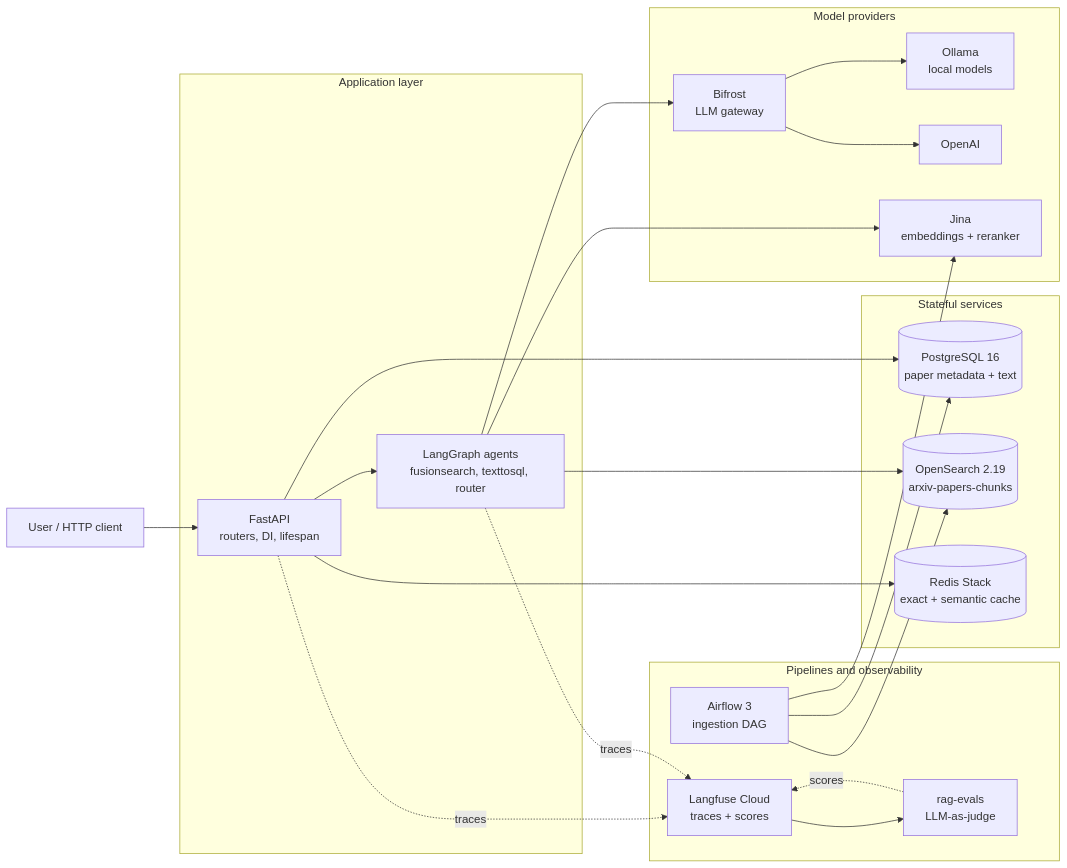
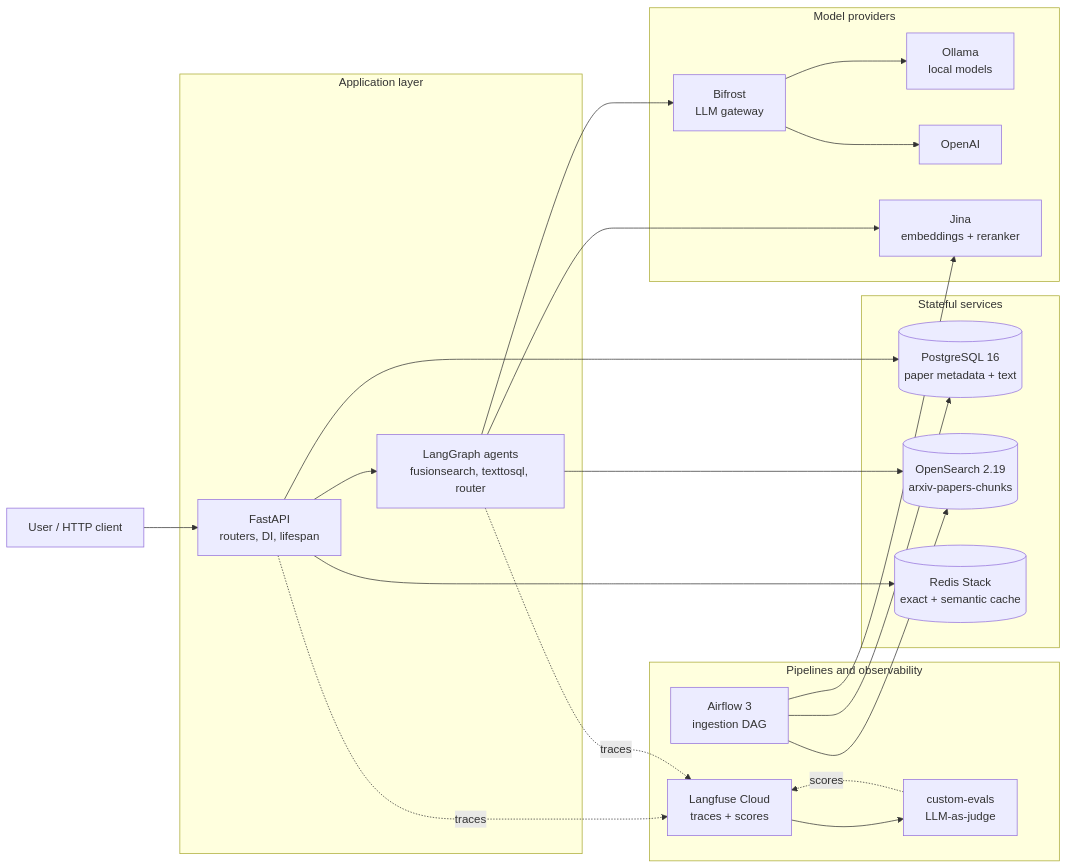
Before and after one commit to apssouza22/production-rag: the first of 11 diagrams in docs/ARTICLE.md, drawn with Mermaid. The commit also changed other lines of this file and 19 other files, not shown here.

Commit message:
Renamed to from rag_evals to custom_evals

````diff
--- a/docs/ARTICLE.md
+++ b/docs/ARTICLE.md
@@ -33,44 +33,44 @@
 ```mermaid
 flowchart LR
     U["User / HTTP client"] --> API
 
     subgraph app["Application layer"]
         API["FastAPI<br/>routers, DI, lifespan"]
         AG["LangGraph agents<br/>fusionsearch, texttosql, router"]
     end
 
     subgraph data["Stateful services"]
         PG[("PostgreSQL 16<br/>paper metadata + text")]
         OS[("OpenSearch 2.19<br/>arxiv-papers-chunks")]
         RD[("Redis Stack<br/>exact + semantic cache")]
     end
 
     subgraph models["Model providers"]
         BF["Bifrost<br/>LLM gateway"]
         OL["Ollama<br/>local models"]
         OA["OpenAI"]
         JI["Jina<br/>embeddings + reranker"]
     end
 
     subgraph ops["Pipelines and observability"]
         AF["Airflow 3<br/>ingestion DAG"]
         LF["Langfuse Cloud<br/>traces + scores"]
-        EV["rag-evals<br/>LLM-as-judge"]
+        EV["custom-evals<br/>LLM-as-judge"]
     end
 
     API --> AG
     API --> RD
     API --> PG
     AG --> OS
     AG --> BF
     AG --> JI
     BF --> OL
     BF --> OA
     AF --> PG
     AF --> OS
     AF --> JI
     API -.->|"traces"| LF
     AG -.->|"traces"| LF
     LF --> EV
     EV -.->|"scores"| LF
 ```
````
